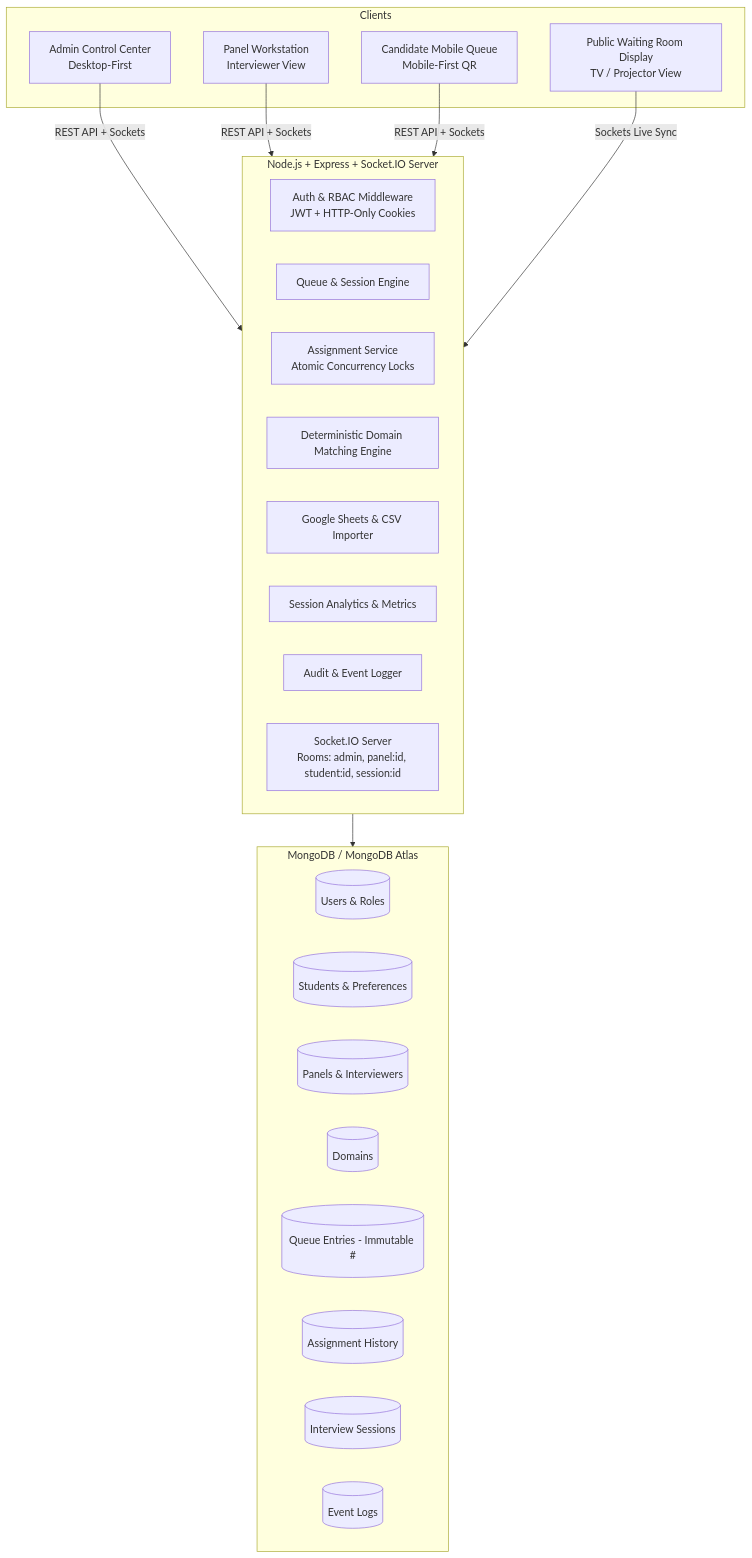
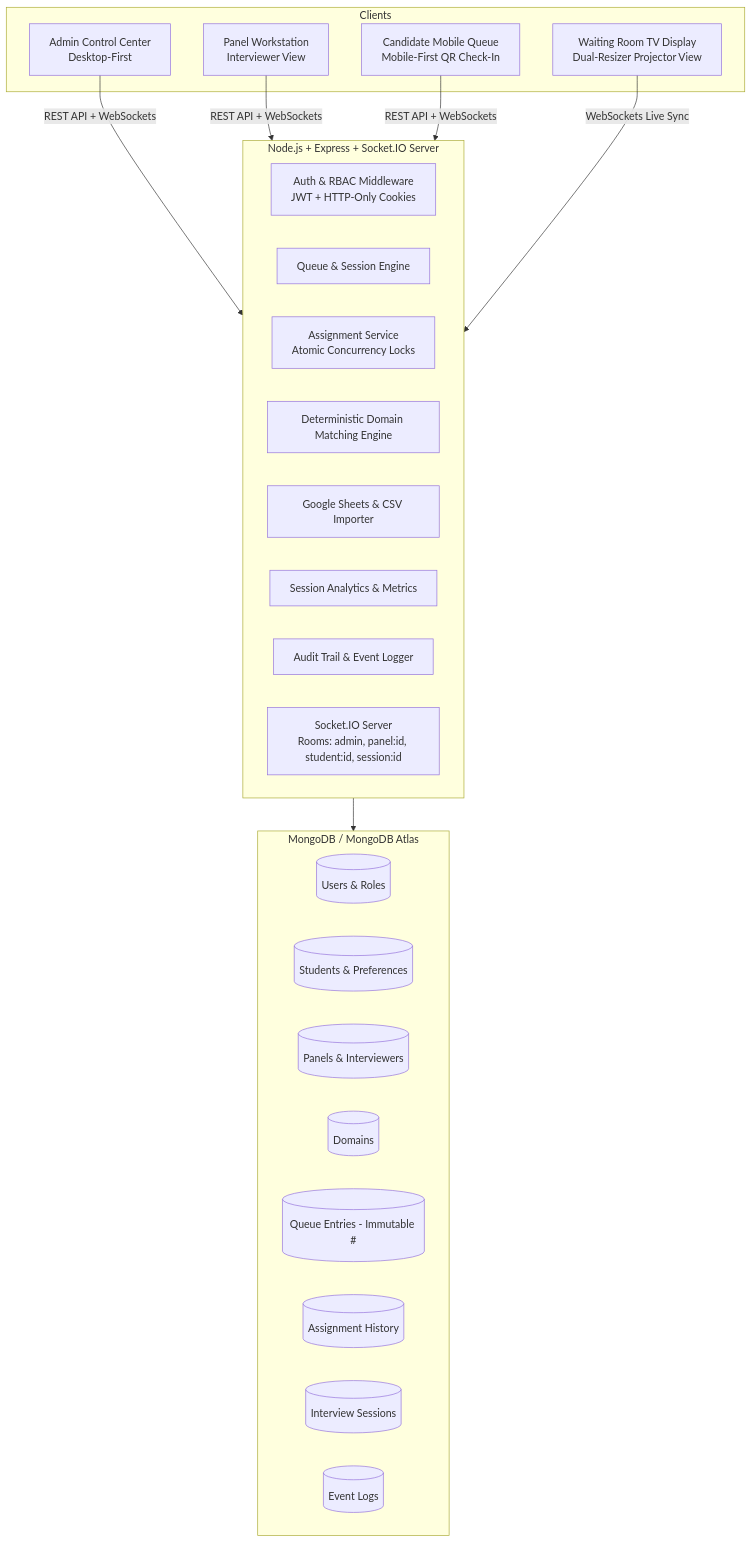
Before and after one commit to saucy-dev/PanelFLow: the diagram in README.md, drawn with Mermaid. The commit also changed other lines of this file and 67 other files, not shown here.

````diff
--- a/README.md
+++ b/README.md
@@ -20,38 +20,38 @@
 ```mermaid
 graph TD
     subgraph Clients
         Admin[Admin Control Center<br/>Desktop-First]
         Panel[Panel Workstation<br/>Interviewer View]
-        Student[Candidate Mobile Queue<br/>Mobile-First QR]
-        Display[Public Waiting Room Display<br/>TV / Projector View]
+        Student[Candidate Mobile Queue<br/>Mobile-First QR Check-In]
+        Display[Waiting Room TV Display<br/>Dual-Resizer Projector View]
     end
 
     subgraph Backend [Node.js + Express + Socket.IO Server]
         Auth[Auth & RBAC Middleware<br/>JWT + HTTP-Only Cookies]
         QueueService[Queue & Session Engine]
         AssignService[Assignment Service<br/>Atomic Concurrency Locks]
         MatchEngine[Deterministic Domain Matching Engine]
         SheetService[Google Sheets & CSV Importer]
         AnalyticsService[Session Analytics & Metrics]
-        EventLogger[Audit & Event Logger]
+        EventLogger[Audit Trail & Event Logger]
         SocketServer[Socket.IO Server<br/>Rooms: admin, panel:id, student:id, session:id]
     end
 
     subgraph Database [MongoDB / MongoDB Atlas]
         MUsers[(Users & Roles)]
         MStudents[(Students & Preferences)]
         MPanels[(Panels & Interviewers)]
         MDomains[(Domains)]
         MQueue[(Queue Entries - Immutable #)]
         MAssignments[(Assignment History)]
         MSessions[(Interview Sessions)]
         MEvents[(Event Logs)]
     end
 
-    Admin -->|REST API + Sockets| Backend
-    Panel -->|REST API + Sockets| Backend
-    Student -->|REST API + Sockets| Backend
-    Display -->|Sockets Live Sync| Backend
+    Admin -->|REST API + WebSockets| Backend
+    Panel -->|REST API + WebSockets| Backend
+    Student -->|REST API + WebSockets| Backend
+    Display -->|WebSockets Live Sync| Backend
 
     Backend --> Database
 ```
````
